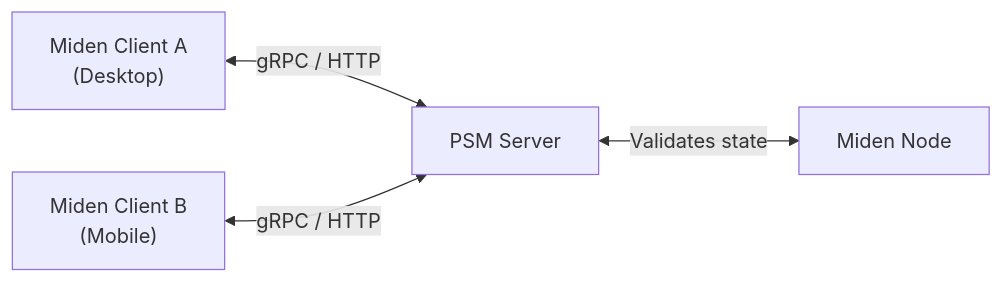
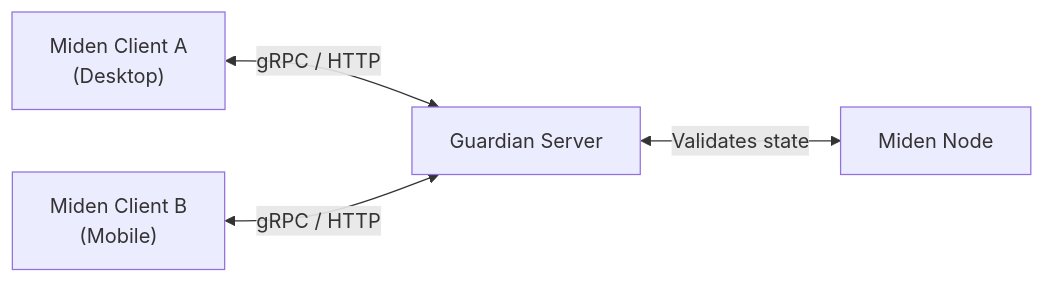
Before and after one commit to 0xMiden/miden-docs: the first of 4 diagrams in docs/builder/solutions/miden-guardian/core-concepts/architecture.md, drawn with Mermaid. The commit also changed other lines of this file and 7 other files, not shown here.

First line of the commit message:
docs: rebrand PSM → Miden Guardian in Guardian section

````diff
--- a/docs/builder/solutions/miden-guardian/core-concepts/architecture.md
+++ b/docs/builder/solutions/miden-guardian/core-concepts/architecture.md
@@ -12,6 +12,6 @@
 ```mermaid
 graph LR
-    A["Miden Client A<br/>(Desktop)"] <-->|"gRPC / HTTP"| PSM["PSM Server"]
-    B["Miden Client B<br/>(Mobile)"] <-->|"gRPC / HTTP"| PSM
-    PSM <-->|"Validates state"| Node["Miden Node"]
+    A["Miden Client A<br/>(Desktop)"] <-->|"gRPC / HTTP"| Guardian["Guardian Server"]
+    B["Miden Client B<br/>(Mobile)"] <-->|"gRPC / HTTP"| Guardian
+    Guardian <-->|"Validates state"| Node["Miden Node"]
 ```
````
